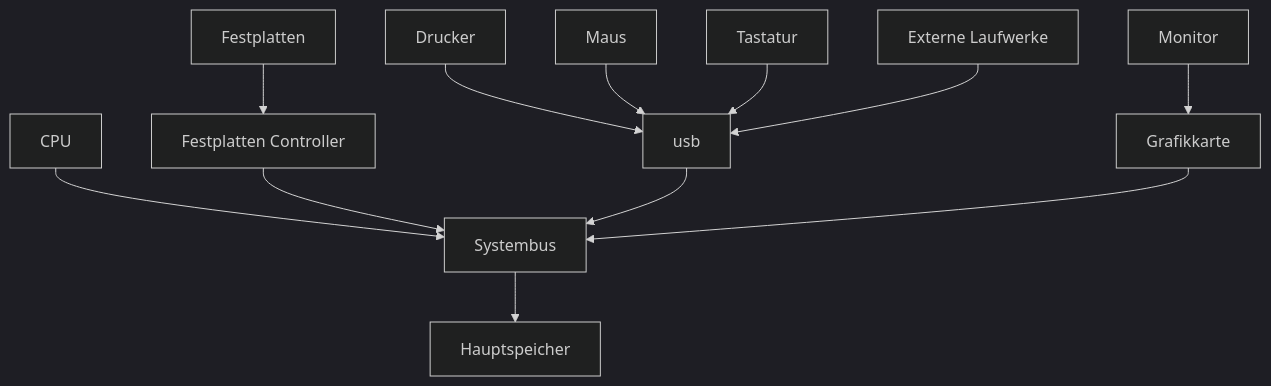
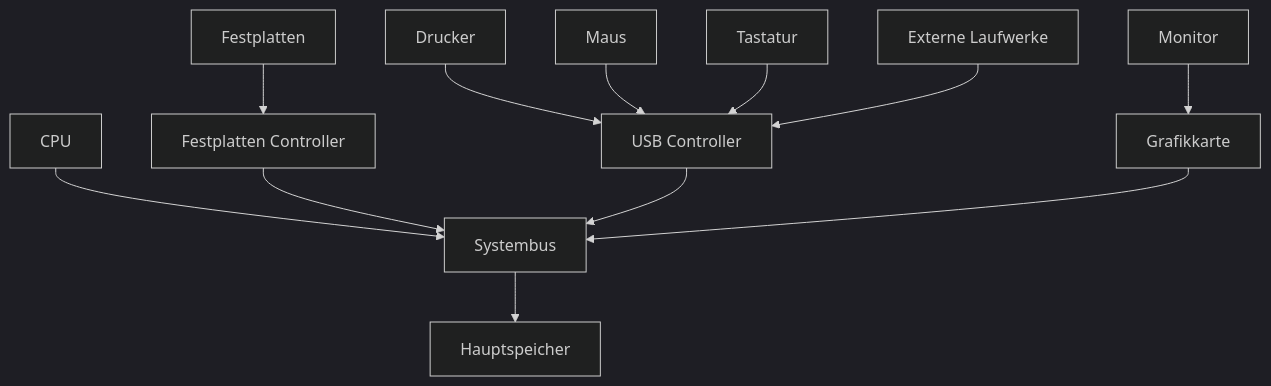
The diagram in vault/BUS.OS_aufbau_und_aufgaben.md (NilEis/semester-2), drawn with Mermaid (dark theme) before and after one commit. The commit also changed other lines of this file, not shown here.

````diff
--- a/vault/BUS.OS_aufbau_und_aufgaben.md
+++ b/vault/BUS.OS_aufbau_und_aufgaben.md
@@ -23,13 +23,13 @@
 ```mermaid
 graph TD
 CPU[CPU]-->Systembus
 Festplatten[Festplatten]-->Fest[Festplatten Controller]-->Systembus
 Drucker[Drucker]-->usb[USB Controller]
 Maus[Maus]-->usb[USB Controller]
 Tastatur[Tastatur]-->usb[USB Controller]
 Externe[Externe Laufwerke]-->usb[USB Controller]
-usb[usb]-->Systembus
+usb[USB Controller]-->Systembus
 Monitor[Monitor]-->Grafikkarte
 Grafikkarte[Grafikkarte]-->Systembus
 Systembus-->Hauptspeicher
 ```
````
